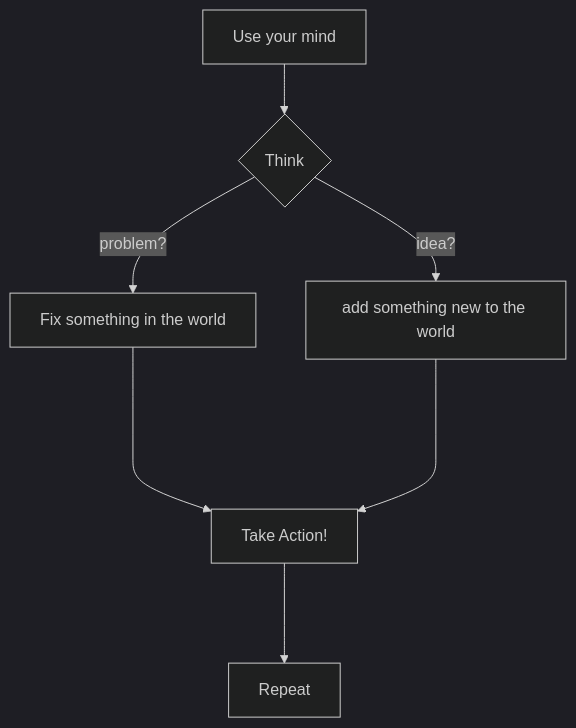
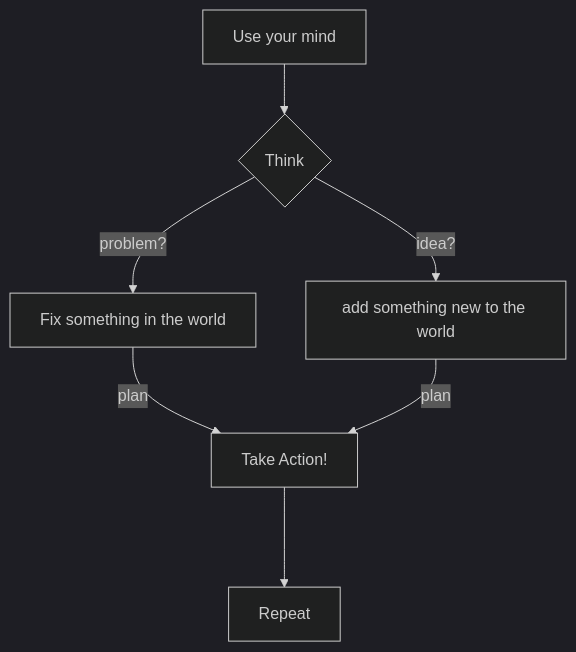
One commit to Keon-Jukes/Keon-Jukes changed the diagram in README.md. Above: the diagram before and after it, drawn with Mermaid (dark theme).

````diff
--- a/README.md
+++ b/README.md
@@ -38,9 +38,9 @@
 ```mermaid
   graph TD;
       A[Use your mind]--> B{Think};
       B--problem?--> C[Fix something in the world];
       B--idea? --> D[add something new to the world];
-      C----> E[Take Action!];
-      D----> E[Take Action!];
+      C--plan--> E[Take Action!];
+      D--plan--> E[Take Action!];
       E---> F[Repeat]
 ```
````
